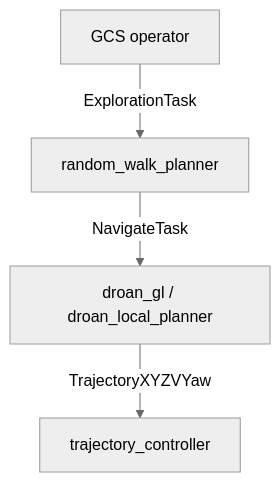
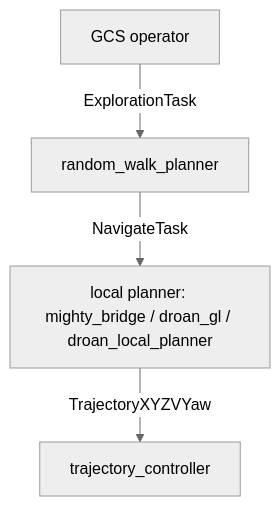
One commit to castacks/AirStack changed the diagram in docs/robot/autonomy/tasks.md. Above: the diagram before and after it, drawn with Mermaid (neutral theme). The commit also changed other lines of this file and 143 other files, not shown here.

````diff
--- a/docs/robot/autonomy/tasks.md
+++ b/docs/robot/autonomy/tasks.md
@@ -13,6 +13,6 @@
 ```mermaid
 graph TD
     GCS[GCS operator] -->|ExplorationTask| RW[random_walk_planner]
-    RW -->|NavigateTask| DG[droan_gl / droan_local_planner]
-    DG -->|TrajectoryXYZVYaw| TC[trajectory_controller]
+    RW -->|NavigateTask| LP[local planner: mighty_bridge / droan_gl / droan_local_planner]
+    LP -->|TrajectoryXYZVYaw| TC[trajectory_controller]
 ```
````
